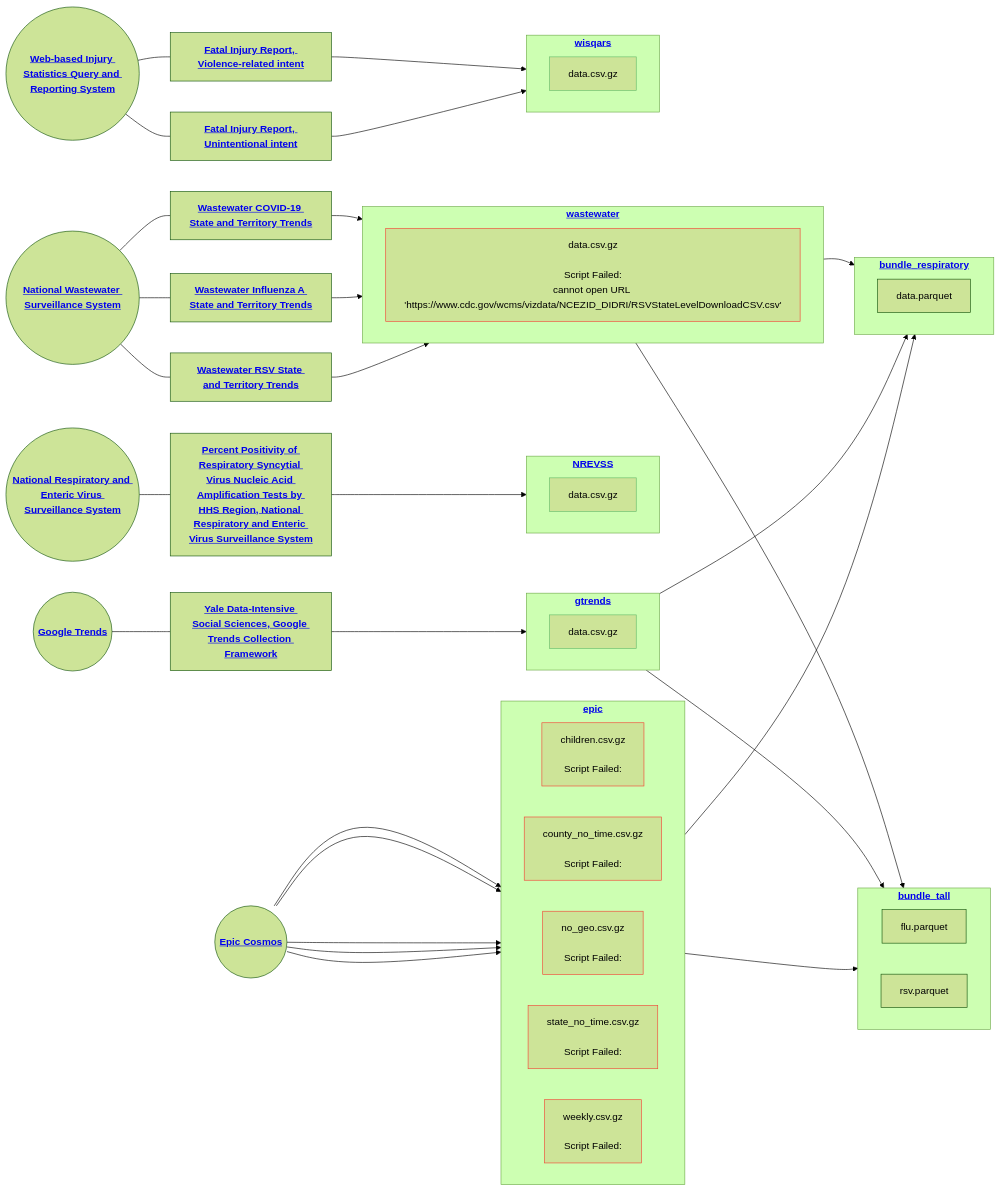
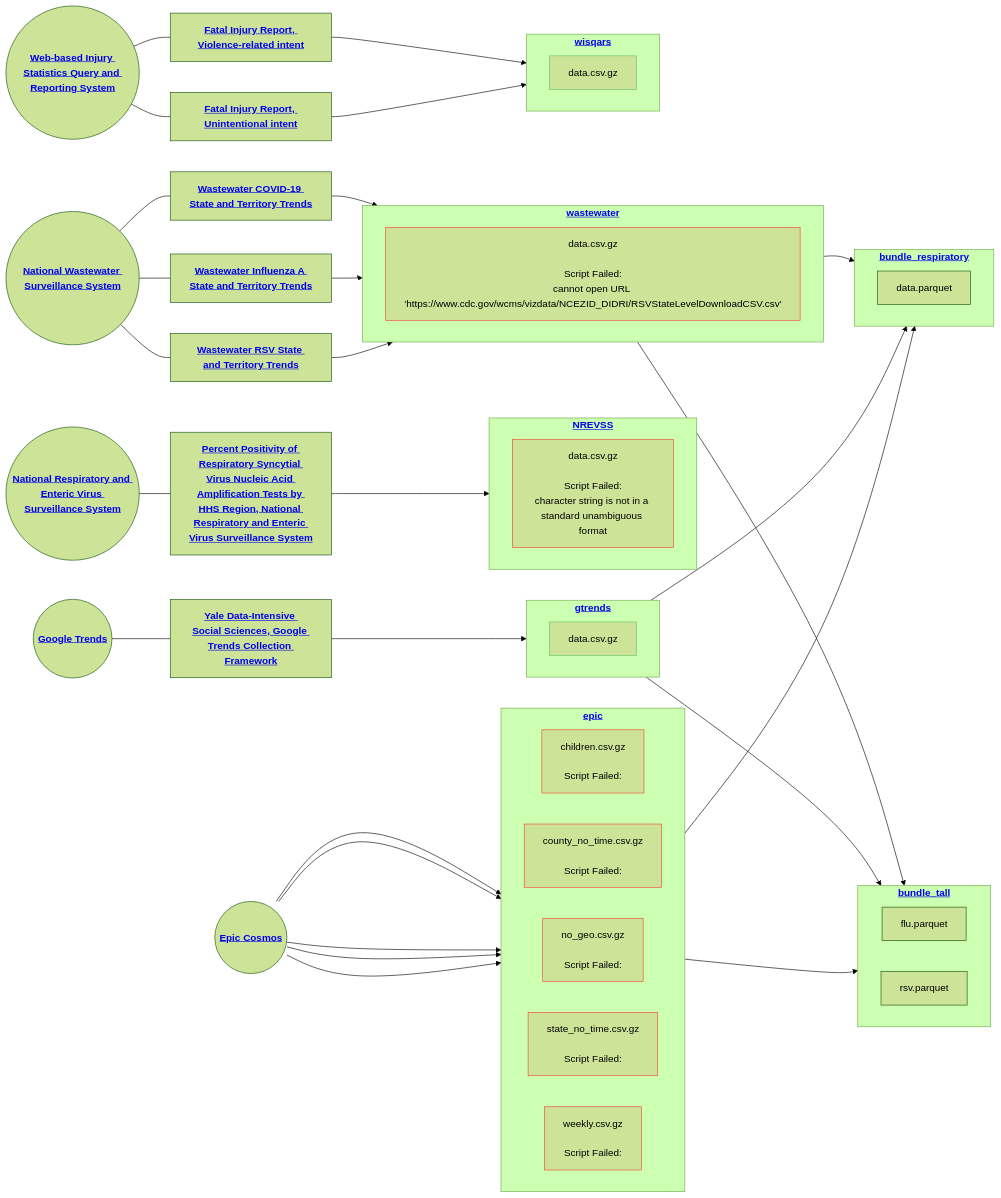
One commit to DISSC-yale/pophive_demo changed the diagram in status.md. Above: the diagram before and after it, drawn with Mermaid (forest theme). The commit also changed 16 other files, not shown here.

````diff
--- a/status.md
+++ b/status.md
@@ -1,69 +1,69 @@
 ```mermaid
 flowchart LR
     classDef pass stroke:#66bb6a
     classDef warn stroke:#ffa726
     classDef fail stroke:#f44336
     s0(("<strong><a href="https://cosmos.epic.com" target="_blank" rel="noreferrer">Epic Cosmos</a></strong>"))
     s1(("<strong><a href="https://trends.google.com" target="_blank" rel="noreferrer">Google Trends</a></strong>"))
     s3(("<strong><a href="https://www.cdc.gov/nrevss" target="_blank" rel="noreferrer">National Respiratory and Enteric Virus Surveillance System</a></strong>"))
     s5(("<strong><a href="https://www.cdc.gov/nwss" target="_blank" rel="noreferrer">National Wastewater Surveillance System</a></strong>"))
     s9(("<strong><a href="https://wisqars.cdc.gov/" target="_blank" rel="noreferrer">Web-based Injury Statistics Query and Reporting System</a></strong>"))
     subgraph epic["`<strong><a href="https://github.com/dissc-yale/pophive_demo/tree/main/data/epic" target="_blank" rel="noreferrer">epic</a></strong>`"]
         direction LR
         n1["`children.csv.gz<br /><br />Script Failed:<br />`"]:::fail
         n2["`county_no_time.csv.gz<br /><br />Script Failed:<br />`"]:::fail
         n3["`no_geo.csv.gz<br /><br />Script Failed:<br />`"]:::fail
         n4["`state_no_time.csv.gz<br /><br />Script Failed:<br />`"]:::fail
         n5["`weekly.csv.gz<br /><br />Script Failed:<br />`"]:::fail
     end
     subgraph gtrends["`<strong><a href="https://github.com/dissc-yale/pophive_demo/tree/main/data/gtrends" target="_blank" rel="noreferrer">gtrends</a></strong>`"]
         direction LR
         n6["`data.csv.gz`"]:::pass
     end
     subgraph NREVSS["`<strong><a href="https://github.com/dissc-yale/pophive_demo/tree/main/data/NREVSS" target="_blank" rel="noreferrer">NREVSS</a></strong>`"]
         direction LR
-        n7["`data.csv.gz`"]:::pass
+        n7["`data.csv.gz<br /><br />Script Failed:<br />character string is not in a standard unambiguous format`"]:::fail
     end
     subgraph wastewater["`<strong><a href="https://github.com/dissc-yale/pophive_demo/tree/main/data/wastewater" target="_blank" rel="noreferrer">wastewater</a></strong>`"]
         direction LR
         n8["`data.csv.gz<br /><br />Script Failed:<br />cannot open URL 'https://www.cdc.gov/wcms/vizdata/NCEZID_DIDRI/RSVStateLevelDownloadCSV.csv'`"]:::fail
     end
     subgraph wisqars["`<strong><a href="https://github.com/dissc-yale/pophive_demo/tree/main/data/wisqars" target="_blank" rel="noreferrer">wisqars</a></strong>`"]
         direction LR
         n9["`data.csv.gz`"]:::pass
     end
     subgraph bundle_respiratory["`<strong><a href="https://github.com/dissc-yale/pophive_demo/tree/main/data/bundle_respiratory" target="_blank" rel="noreferrer">bundle_respiratory</a></strong>`"]
         direction LR
         n10["`data.parquet`"]
     end
     subgraph bundle_tall["`<strong><a href="https://github.com/dissc-yale/pophive_demo/tree/main/data/bundle_tall" target="_blank" rel="noreferrer">bundle_tall</a></strong>`"]
         direction LR
         n11["`flu.parquet`"]
         n12["`rsv.parquet`"]
     end
     s0 --> n1
     s0 --> n2
     s0 --> n3
     s0 --> n4
     s0 --> n5
     s1---s2["<strong><a href="https://github.com/DISSC-yale/gtrends_collection" target="_blank" rel="noreferrer">Yale Data-Intensive Social Sciences, Google Trends Collection Framework</a></strong>"]
     s2 --> n6
     s3---s4["<strong><a href="https://data.cdc.gov/resource/3cxc-4k8q" target="_blank" rel="noreferrer">Percent Positivity of Respiratory Syncytial Virus Nucleic Acid Amplification Tests by HHS Region, National Respiratory and Enteric Virus Surveillance System</a></strong>"]
     s4 --> n7
     s5---s6["<strong><a href="https://www.cdc.gov/nwss/rv/COVID19-statetrend.html" target="_blank" rel="noreferrer">Wastewater COVID-19 State and Territory Trends</a></strong>"]
     s6 --> n8
     s5---s7["<strong><a href="https://www.cdc.gov/nwss/rv/InfluenzaA-statetrend.html" target="_blank" rel="noreferrer">Wastewater Influenza A State and Territory Trends</a></strong>"]
     s7 --> n8
     s5---s8["<strong><a href="https://www.cdc.gov/nwss/rv/RSV-statetrend.html" target="_blank" rel="noreferrer">Wastewater RSV State and Territory Trends</a></strong>"]
     s8 --> n8
     s9---s10["<strong><a href="https://wisqars.cdc.gov/reports/?o=MORT&i=8&m=20810&s=0&r=0&ry=2&y1=2018&y2=2023&a=ALL&g1=0&g2=199&a1=0&a2=199&r1=MECH&r2=AGEGP&r3=STATE&r4=YEAR&r5=NONE&r6=NONE&g=00&e=0&yp=65&me=0&t=0" target="_blank" rel="noreferrer">Fatal Injury Report, Violence-related intent</a></strong>"]
     s10 --> n9
     s9---s11["<strong><a href="https://wisqars.cdc.gov/reports/?o=MORT&i=1&m=20810&s=0&r=0&ry=2&y1=2018&y2=2023&a=ALL&g1=0&g2=199&a1=0&a2=199&r1=MECH&r2=AGEGP&r3=STATE&r4=YEAR&r5=NONE&r6=NONE&g=00&e=0&yp=65&me=0&t=0" target="_blank" rel="noreferrer">Fatal Injury Report, Unintentional intent</a></strong>"]
     s11 --> n9
     n5 --> bundle_respiratory
     n6 --> bundle_respiratory
     n8 --> bundle_respiratory
     n5 --> bundle_tall
     n6 --> bundle_tall
     n8 --> bundle_tall
 ```
````
